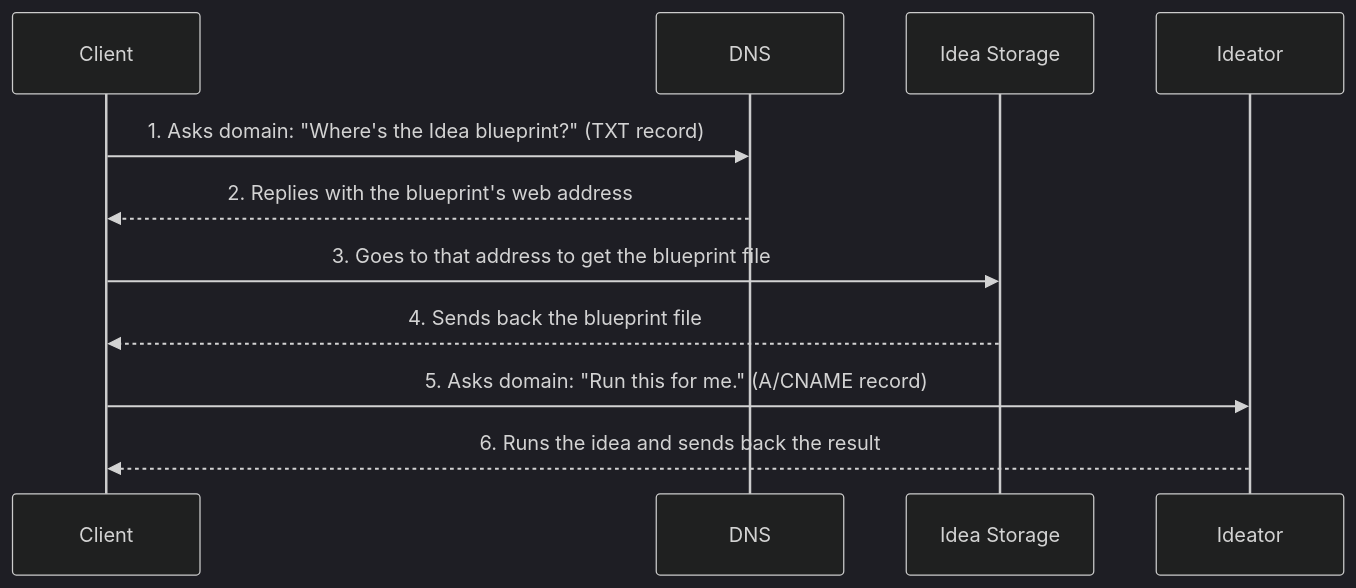
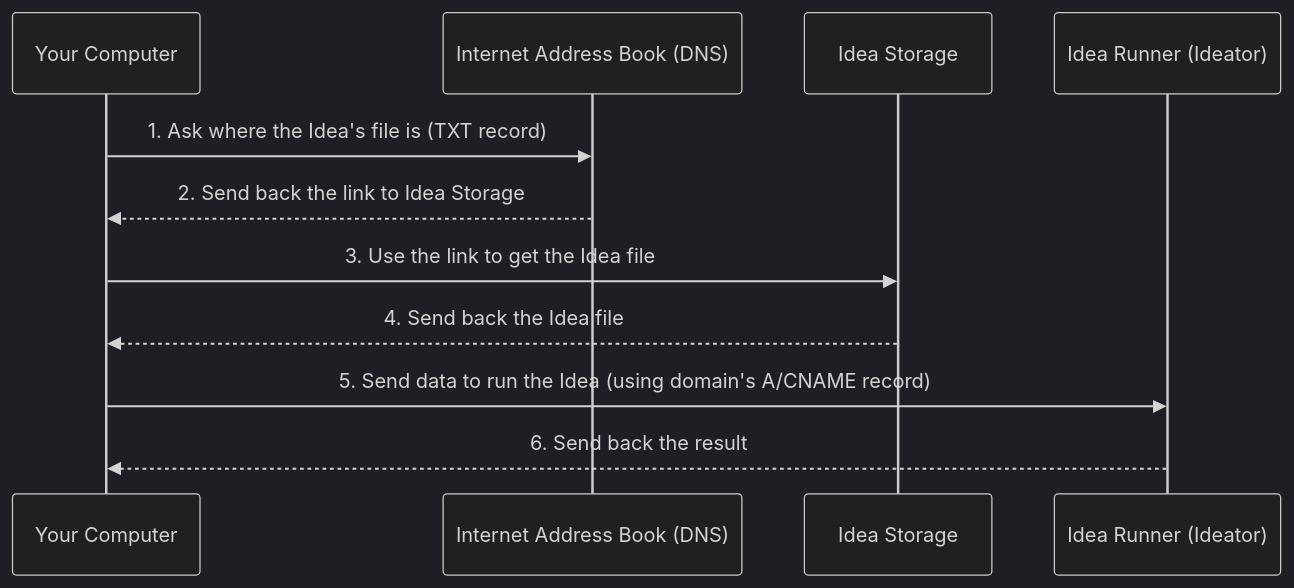
The diagram in translations/simple-en/acts/102_concept_sovereignty.md (idealic-ai/docs), drawn with Mermaid (dark theme) before and after one commit. The commit also changed other lines of this file and 279 other files, not shown here.

````diff
--- a/translations/simple-en/acts/102_concept_sovereignty.md
+++ b/translations/simple-en/acts/102_concept_sovereignty.md
@@ -30,16 +30,16 @@
 ```mermaid
 sequenceDiagram
-    participant Client
-    participant DNS
+    participant Your Computer
+    participant Internet Address Book (DNS)
     participant Idea Storage
-    participant Ideator
+    participant Idea Runner (Ideator)
 
-    Client->>DNS: 1. Asks domain: "Where's the Idea blueprint?" (TXT record)
-    DNS-->>Client: 2. Replies with the blueprint's web address
+    Your Computer->>Internet Address Book (DNS): 1. Ask where the Idea's file is (TXT record)
+    Internet Address Book (DNS)-->>Your Computer: 2. Send back the link to Idea Storage
 
-    Client->>Idea Storage: 3. Goes to that address to get the blueprint file
-    Idea Storage-->>Client: 4. Sends back the blueprint file
+    Your Computer->>Idea Storage: 3. Use the link to get the Idea file
+    Idea Storage-->>Your Computer: 4. Send back the Idea file
 
-    Client->>Ideator: 5. Asks domain: "Run this for me." (A/CNAME record)
-    Ideator-->>Client: 6. Runs the idea and sends back the result
+    Your Computer->>Idea Runner (Ideator): 5. Send data to run the Idea (using domain's A/CNAME record)
+    Idea Runner (Ideator)-->>Your Computer: 6. Send back the result
 ```
````
